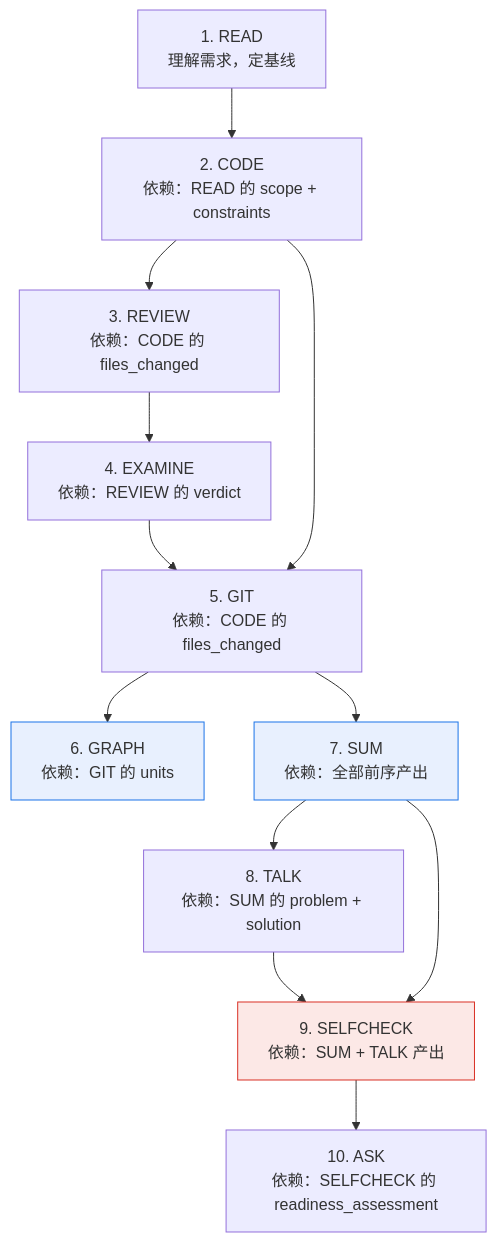
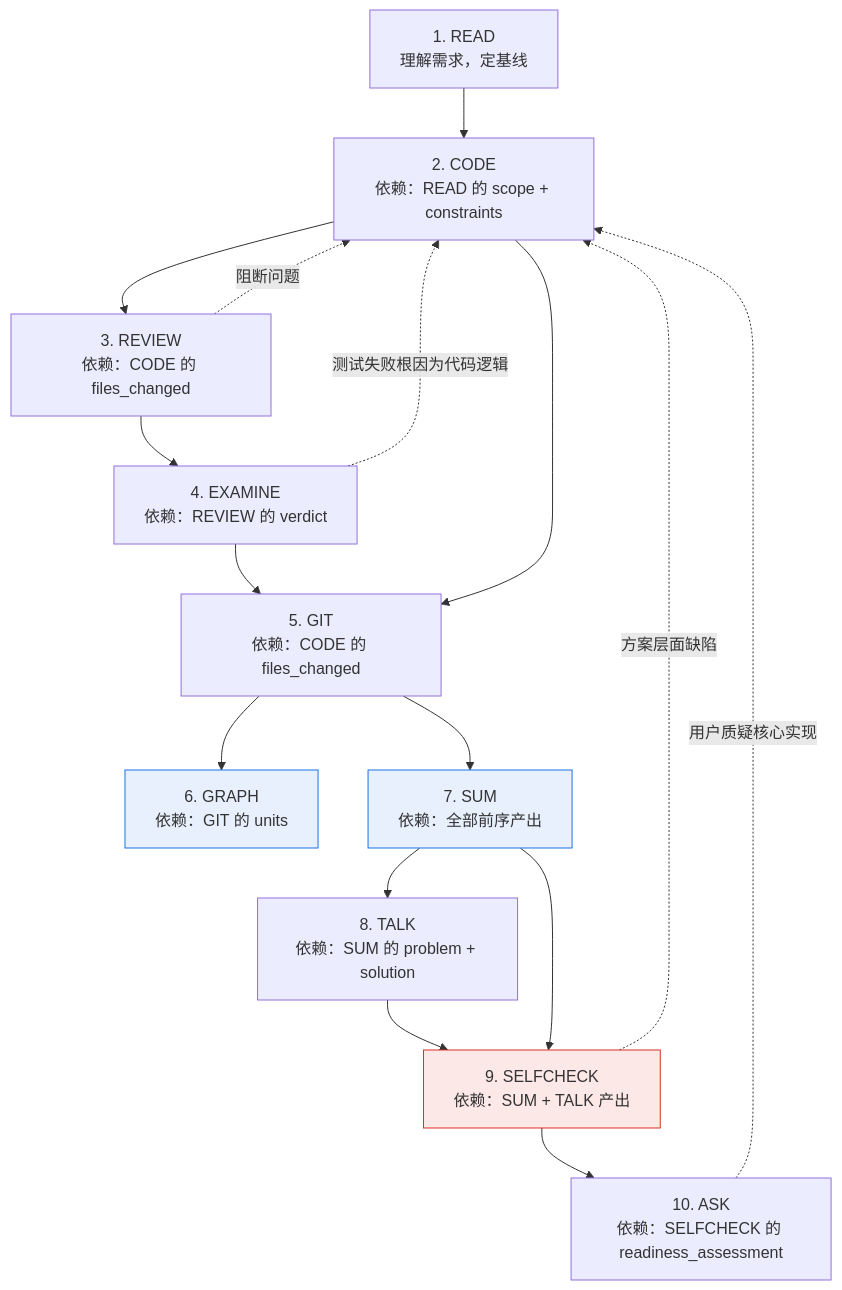
Before and after one commit to z0l0y/EasyWork: the diagram in skills/fullchain-dev-workflow/references/orchestration-engine.md, drawn with Mermaid. The commit also changed other lines of this file and 26 other files, not shown here.

````diff
--- a/skills/fullchain-dev-workflow/references/orchestration-engine.md
+++ b/skills/fullchain-dev-workflow/references/orchestration-engine.md
@@ -9,29 +9,35 @@
 ```mermaid
 flowchart TD
     READ[1. READ<br/>理解需求，定基线]
     CODE[2. CODE<br/>依赖：READ 的 scope + constraints]
     REVIEW[3. REVIEW<br/>依赖：CODE 的 files_changed]
     EXAMINE[4. EXAMINE<br/>依赖：REVIEW 的 verdict]
     GIT[5. GIT<br/>依赖：CODE 的 files_changed]
     GRAPH[6. GRAPH<br/>依赖：GIT 的 units]
     SUM[7. SUM<br/>依赖：全部前序产出]
     TALK[8. TALK<br/>依赖：SUM 的 problem + solution]
     SELFCHECK[9. SELFCHECK<br/>依赖：SUM + TALK 产出]
     ASK[10. ASK<br/>依赖：SELFCHECK 的 readiness_assessment]
 
     READ --> CODE
     CODE --> REVIEW
     REVIEW --> EXAMINE
     EXAMINE --> GIT
     CODE --> GIT
     GIT --> GRAPH
     GIT --> SUM
     SUM --> TALK
     TALK --> SELFCHECK
     SUM --> SELFCHECK
     SELFCHECK --> ASK
 
     style GRAPH fill:#e8f0fe,stroke:#1a73e8
     style SUM fill:#e8f0fe,stroke:#1a73e8
     style SELFCHECK fill:#fce8e6,stroke:#d93025
+
+    %% 🆕 v2.8 回退边（质量门禁循环）
+    REVIEW -.->|阻断问题| CODE
+    EXAMINE -.->|测试失败根因为代码逻辑| CODE
+    SELFCHECK -.->|方案层面缺陷| CODE
+    ASK -.->|用户质疑核心实现| CODE
 ```
````
